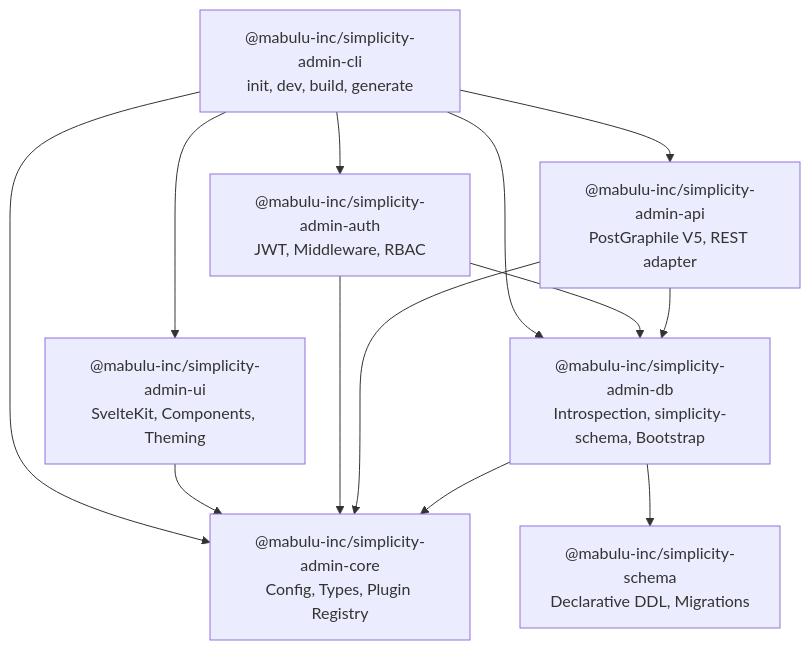
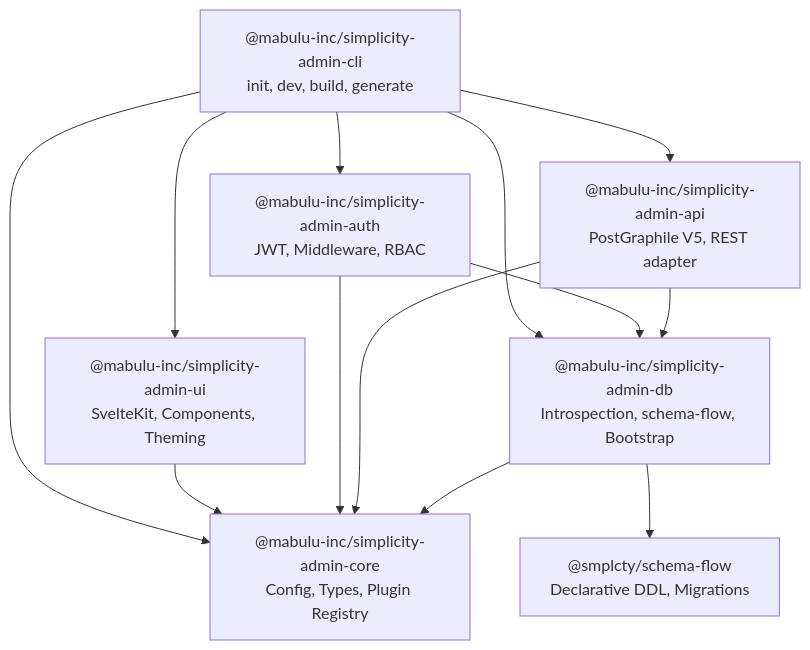
Before and after one commit to mabulu-inc/simplicity-admin: the diagram in docs/ARCHITECTURE.md, drawn with Mermaid. The commit also changed other lines of this file and 35 other files, not shown here.

First line of the commit message:
Move db bootstrap to public @smplcty/schema-flow and drop PACKAGES_TOKEN

````diff
--- a/docs/ARCHITECTURE.md
+++ b/docs/ARCHITECTURE.md
@@ -46,23 +46,23 @@
 ```mermaid
 graph TD
     CORE["@mabulu-inc/simplicity-admin-core<br/>Config, Types, Plugin Registry"]
-    DB["@mabulu-inc/simplicity-admin-db<br/>Introspection, simplicity-schema, Bootstrap"]
+    DB["@mabulu-inc/simplicity-admin-db<br/>Introspection, schema-flow, Bootstrap"]
     API["@mabulu-inc/simplicity-admin-api<br/>PostGraphile V5, REST adapter"]
     AUTH["@mabulu-inc/simplicity-admin-auth<br/>JWT, Middleware, RBAC"]
     UI["@mabulu-inc/simplicity-admin-ui<br/>SvelteKit, Components, Theming"]
     CLI["@mabulu-inc/simplicity-admin-cli<br/>init, dev, build, generate"]
-    SF["@mabulu-inc/simplicity-schema<br/>Declarative DDL, Migrations"]
+    SF["@smplcty/schema-flow<br/>Declarative DDL, Migrations"]
 
     DB --> CORE
     DB --> SF
     API --> CORE
     API --> DB
     AUTH --> CORE
     AUTH --> DB
     UI --> CORE
     CLI --> CORE
     CLI --> DB
     CLI --> API
     CLI --> AUTH
     CLI --> UI
 ```
````
